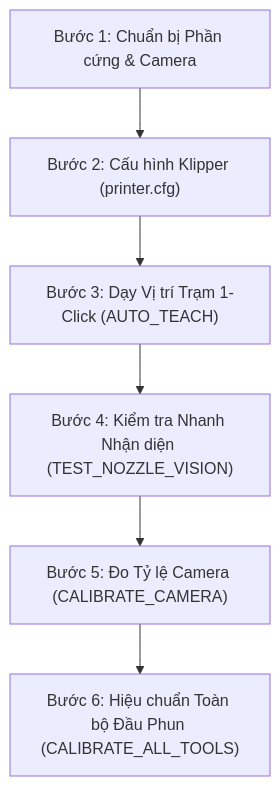
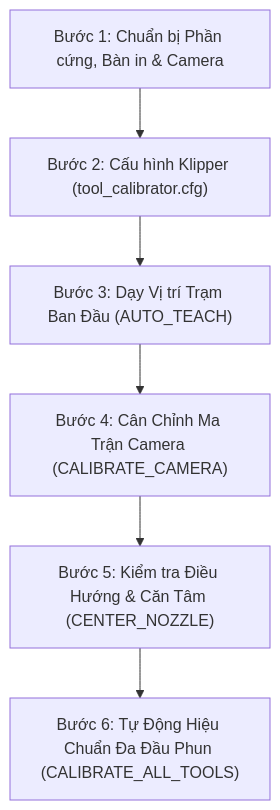
One commit to IDcrazy123/Tool-Klipper-Calibration changed the diagram in docs/QUY_TRINH_VAN_HANH.md. Above: the diagram before and after it, drawn with Mermaid. The commit also changed other lines of this file and 3 other files, not shown here.

````diff
--- a/docs/QUY_TRINH_VAN_HANH.md
+++ b/docs/QUY_TRINH_VAN_HANH.md
@@ -19,8 +22,8 @@
 ```mermaid
 flowchart TD
-    A["Bước 1: Chuẩn bị Phần cứng & Camera"] --> B["Bước 2: Cấu hình Klipper (printer.cfg)"]
-    B --> C["Bước 3: Dạy Vị trí Trạm 1-Click (AUTO_TEACH)"]
-    C --> D["Bước 4: Kiểm tra Nhanh Nhận diện (TEST_NOZZLE_VISION)"]
-    D --> E["Bước 5: Đo Tỷ lệ Camera (CALIBRATE_CAMERA)"]
-    E --> F["Bước 6: Hiệu chuẩn Toàn bộ Đầu Phun (CALIBRATE_ALL_TOOLS)"]
+    A["Bước 1: Chuẩn bị Phần cứng, Bàn in & Camera"] --> B["Bước 2: Cấu hình Klipper (tool_calibrator.cfg)"]
+    B --> C["Bước 3: Dạy Vị trí Trạm Ban Đầu (AUTO_TEACH)"]
+    C --> D["Bước 4: Cân Chỉnh Ma Trận Camera (CALIBRATE_CAMERA)"]
+    D --> E["Bước 5: Kiểm tra Điều Hướng & Căn Tâm (CENTER_NOZZLE)"]
+    E --> F["Bước 6: Tự Động Hiệu Chuẩn Đa Đầu Phun (CALIBRATE_ALL_TOOLS)"]
 ```
````
